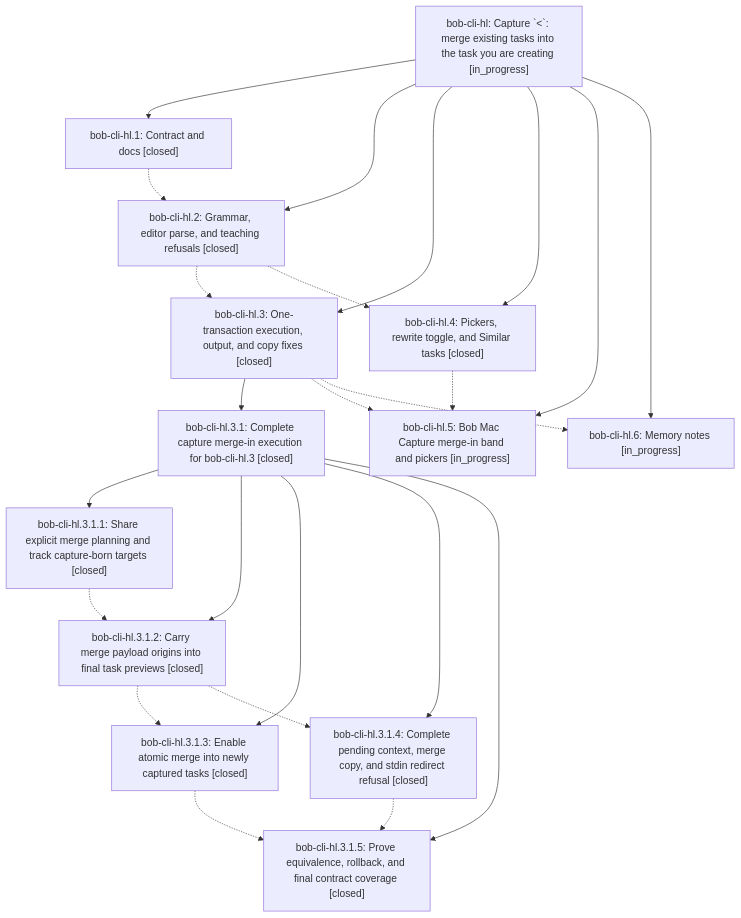
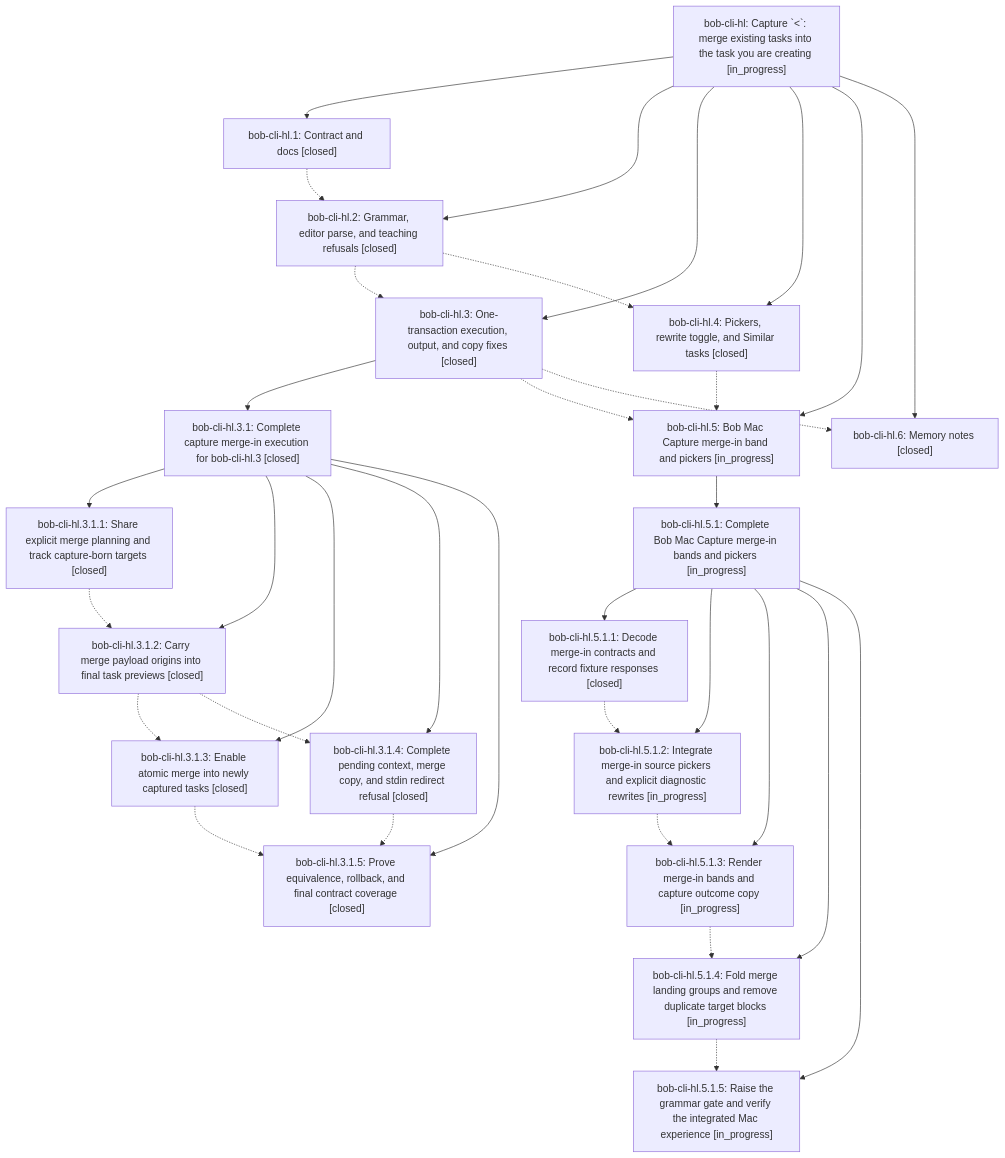
The diagram in pages/bob-cli-hl/README.md (bobs-org/bob-cli--beads), drawn with Mermaid before and after one commit. The commit also changed other lines of this file and 16 other files, not shown here.

First line of the commit message:
chore(beads): sync bead state and pages for bob-cli-hl

````diff
--- a/pages/bob-cli-hl/README.md
+++ b/pages/bob-cli-hl/README.md
@@ -47,39 +47,55 @@
 ```mermaid
 flowchart TD
     n0["bob-cli-hl: Capture `&lt;`: merge existing tasks into the task you are creating [in_progress]"]
     n1["bob-cli-hl.1: Contract and docs [closed]"]
     n2["bob-cli-hl.2: Grammar, editor parse, and teaching refusals [closed]"]
     n3["bob-cli-hl.3: One-transaction execution, output, and copy fixes [closed]"]
     n4["bob-cli-hl.3.1: Complete capture merge-in execution for bob-cli-hl.3 [closed]"]
     n5["bob-cli-hl.3.1.1: Share explicit merge planning and track capture-born targets [closed]"]
     n6["bob-cli-hl.3.1.2: Carry merge payload origins into final task previews [closed]"]
     n7["bob-cli-hl.3.1.3: Enable atomic merge into newly captured tasks [closed]"]
     n8["bob-cli-hl.3.1.4: Complete pending context, merge copy, and stdin redirect refusal [closed]"]
     n9["bob-cli-hl.3.1.5: Prove equivalence, rollback, and final contract coverage [closed]"]
     n10["bob-cli-hl.4: Pickers, rewrite toggle, and Similar tasks [closed]"]
     n11["bob-cli-hl.5: Bob Mac Capture merge-in band and pickers [in_progress]"]
-    n12["bob-cli-hl.6: Memory notes [in_progress]"]
+    n12["bob-cli-hl.5.1: Complete Bob Mac Capture merge-in bands and pickers [in_progress]"]
+    n13["bob-cli-hl.5.1.1: Decode merge-in contracts and record fixture responses [closed]"]
+    n14["bob-cli-hl.5.1.2: Integrate merge-in source pickers and explicit diagnostic rewrites [in_progress]"]
+    n15["bob-cli-hl.5.1.3: Render merge-in bands and capture outcome copy [in_progress]"]
+    n16["bob-cli-hl.5.1.4: Fold merge landing groups and remove duplicate target blocks [in_progress]"]
+    n17["bob-cli-hl.5.1.5: Raise the grammar gate and verify the integrated Mac experience [in_progress]"]
+    n18["bob-cli-hl.6: Memory notes [closed]"]
     n0 --> n1
     n0 --> n2
     n0 --> n3
     n3 --> n4
     n4 --> n5
     n4 --> n6
     n4 --> n7
     n4 --> n8
     n4 --> n9
     n0 --> n10
     n0 --> n11
-    n0 --> n12
+    n11 --> n12
+    n12 --> n13
+    n12 --> n14
+    n12 --> n15
+    n12 --> n16
+    n12 --> n17
+    n0 --> n18
     n1 -.-> n2
     n2 -.-> n3
     n2 -.-> n10
     n3 -.-> n11
-    n3 -.-> n12
+    n3 -.-> n18
     n5 -.-> n6
     n6 -.-> n7
     n6 -.-> n8
     n7 -.-> n9
     n8 -.-> n9
     n10 -.-> n11
+    n13 -.-> n14
+    n14 -.-> n15
+    n15 -.-> n16
+    n16 -.-> n17
 ```
````
